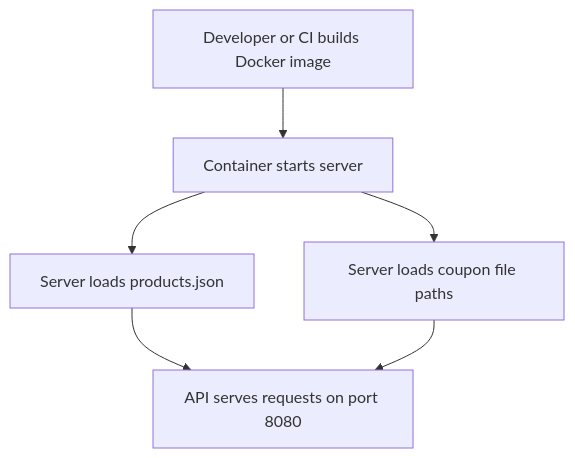
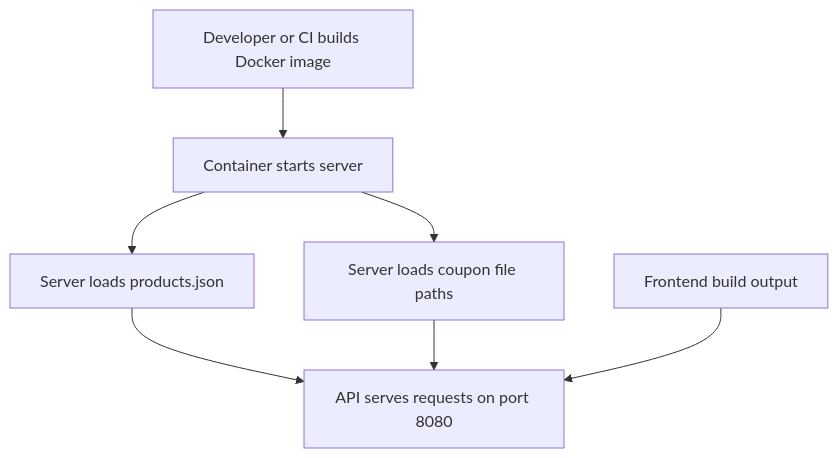
One commit to svenkatsaireddy/oolio-backend-challenge changed the fourth of 4 diagrams in ARCHITECTURE.md. Above: the diagram before and after it, drawn with Mermaid. The commit also changed other lines of this file and 32 other files, not shown here.

````diff
--- a/ARCHITECTURE.md
+++ b/ARCHITECTURE.md
@@ -518,8 +518,9 @@
 ```mermaid
 flowchart TD
     A["Developer or CI builds Docker image"] --> B["Container starts server"]
     B --> C["Server loads products.json"]
     B --> D["Server loads coupon file paths"]
     C --> E["API serves requests on port 8080"]
     D --> E
+    F["Frontend build output"] --> E
 ```
````
